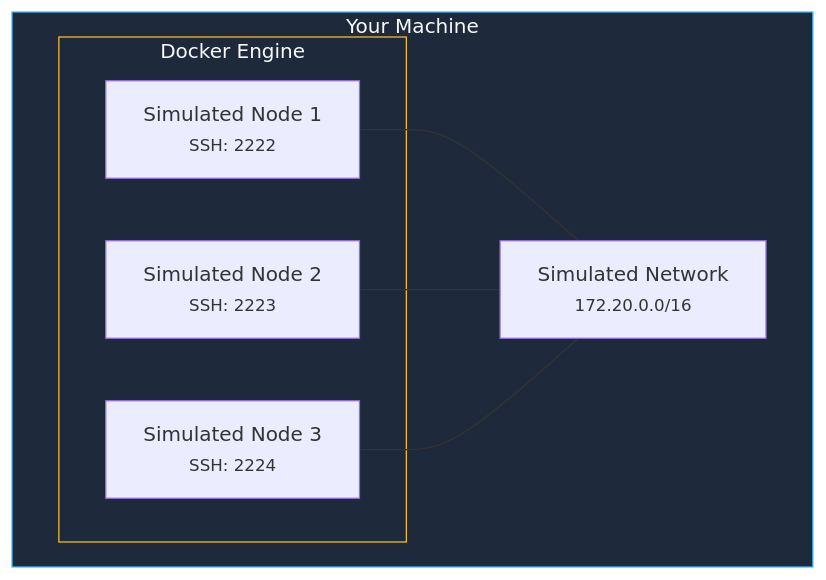
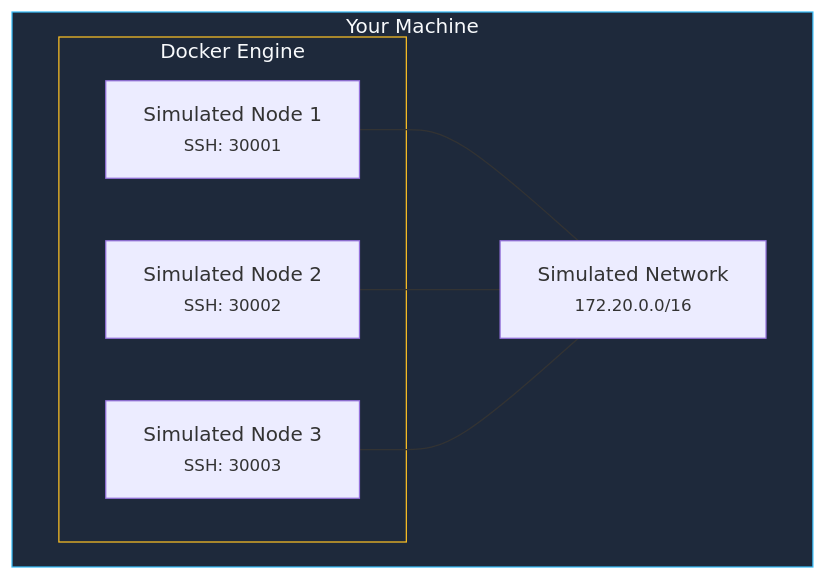
One commit to KombiverseLabs/docs changed the first of 2 diagrams in sim/explanations/simulation-engines.mdx. Above: the diagram before and after it, drawn with Mermaid. The commit also changed other lines of this file and 95 other files, not shown here.

````diff
--- a/sim/explanations/simulation-engines.mdx
+++ b/sim/explanations/simulation-engines.mdx
@@ -23,16 +23,16 @@
 ```mermaid
 graph TB
     subgraph Host["Your Machine"]
         subgraph Docker["Docker Engine"]
-            N1["Simulated Node 1<br/><small>SSH: 2222</small>"]
-            N2["Simulated Node 2<br/><small>SSH: 2223</small>"]
-            N3["Simulated Node 3<br/><small>SSH: 2224</small>"]
+            N1["Simulated Node 1<br/><small>SSH: 30001</small>"]
+            N2["Simulated Node 2<br/><small>SSH: 30002</small>"]
+            N3["Simulated Node 3<br/><small>SSH: 30003</small>"]
         end
         Net["Simulated Network<br/><small>172.20.0.0/16</small>"]
     end
 
     N1 & N2 & N3 --- Net
 
     style Host fill:#1e293b,stroke:#38bdf8,color:#f8fafc
     style Docker fill:#1e293b,stroke:#fbbf24,color:#f8fafc
 ```
````
